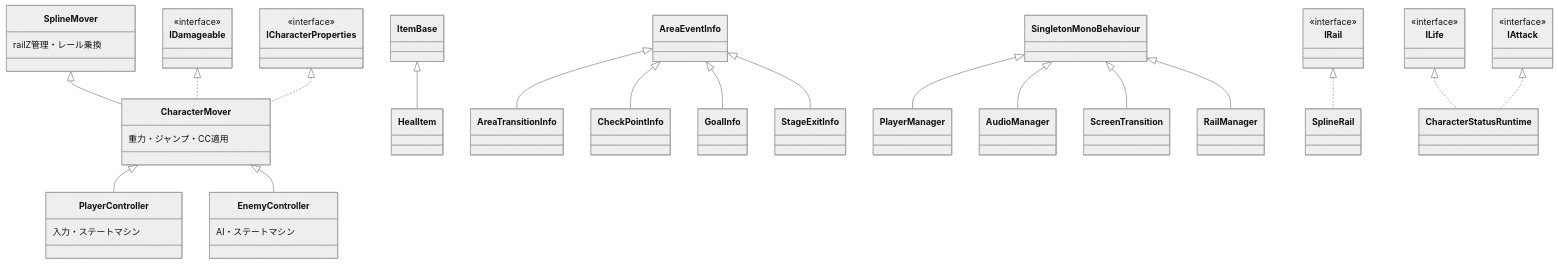
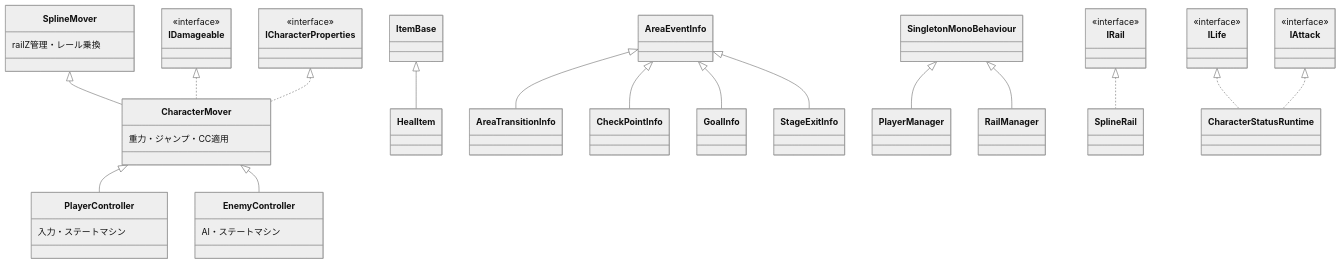
The second of 2 diagrams in Docs/knowledge/クラス相関図.md (kuroichen/3DSide), drawn with Mermaid (neutral theme) before and after one commit. The commit also changed other lines of this file and 23 other files, not shown here.

````diff
--- a/Docs/knowledge/クラス相関図.md
+++ b/Docs/knowledge/クラス相関図.md
@@ -96,32 +96,30 @@
 ```mermaid
 classDiagram
     SplineMover <|-- CharacterMover
     CharacterMover <|-- PlayerController
     CharacterMover <|-- EnemyController
     ItemBase <|-- HealItem
     AreaEventInfo <|-- AreaTransitionInfo
     AreaEventInfo <|-- CheckPointInfo
     AreaEventInfo <|-- GoalInfo
     AreaEventInfo <|-- StageExitInfo
     SingletonMonoBehaviour <|-- PlayerManager
-    SingletonMonoBehaviour <|-- AudioManager
-    SingletonMonoBehaviour <|-- ScreenTransition
     SingletonMonoBehaviour <|-- RailManager
 
     class IRail { <<interface>> }
     class IDamageable { <<interface>> }
     class ILife { <<interface>> }
     class IAttack { <<interface>> }
     class ICharacterProperties { <<interface>> }
 
     IRail <|.. SplineRail
     IDamageable <|.. CharacterMover
     ICharacterProperties <|.. CharacterMover
     ILife <|.. CharacterStatusRuntime
     IAttack <|.. CharacterStatusRuntime
 
     class SplineMover { railZ管理・レール乗換 }
     class CharacterMover { 重力・ジャンプ・CC適用 }
     class PlayerController { 入力・ステートマシン }
     class EnemyController { AI・ステートマシン }
 ```
````
